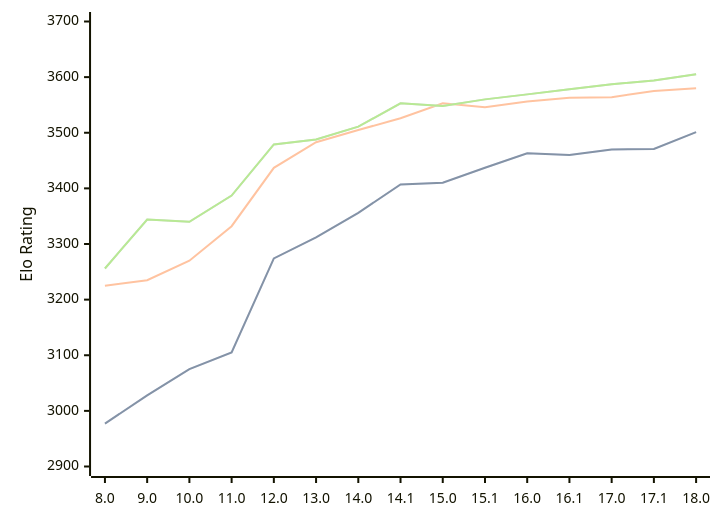
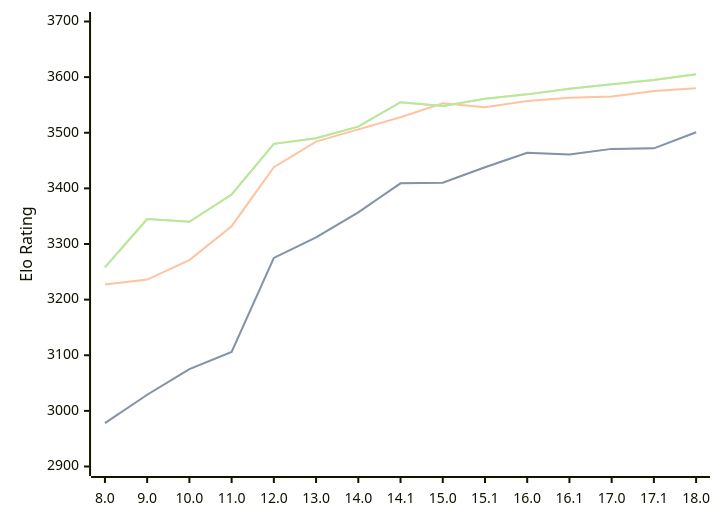
One commit to computer-chess-index/cci changed the third of 3 diagrams in engines/Stockfish.md. Above: the diagram before and after it, drawn with Mermaid. The commit also changed other lines of this file, not shown here.

Commit message:
Update CCI Ratings (ELO VLTC) - 2026-07-12

````diff
--- a/engines/Stockfish.md
+++ b/engines/Stockfish.md
@@ -79,11 +79,11 @@
 ```mermaid
 %%{init: {"theme":"base","themeVariables":{"seriesColors:['#a3a3a3','#222221','#faa371']}}}%%
 xychart-beta
   x-axis ["8.0", "9.0", "10.0", "11.0", "12.0", "13.0", "14.0", "14.1", "15.0", "15.1", "16.0", "16.1", "17.0", "17.1", "18.0"]
   y-axis "Elo Rating" 2900 --> 3700
-  line "STC (8.0+0.08s)" [2977, 3028, 3075, 3105, 3274, 3312, 3356, 3407, 3410, 3437, 3463, 3460, 3470, 3471, 3501]
-  line "STC (8.0+0.08s)" [2977, 3028, 3075, 3105, 3274, 3312, 3356, 3407, 3410, 3437, 3463, 3460, 3470, 3471, 3501]
-  line "LTC (60.0+0.60s)" [3225, 3235, 3270, 3332, 3437, 3483, 3505, 3526, 3553, 3546, 3556, 3563, 3564, 3575, 3580]
-  line "VLTC (2m24s+1.12s)" [3256, 3344, 3340, 3387, 3479, 3488, 3511, 3553, 3548, 3560, 3569, 3578, 3587, 3594, 3605]
-  line "VLTC (2m24s+1.12s)" [3256, 3344, 3340, 3387, 3479, 3488, 3511, 3553, 3548, 3560, 3569, 3578, 3587, 3594, 3605]
+  line "STC (8.0+0.08s)" [2978, 3029, 3075, 3106, 3275, 3312, 3357, 3409, 3410, 3438, 3464, 3461, 3471, 3472, 3501]
+  line "STC (8.0+0.08s)" [2978, 3029, 3075, 3106, 3275, 3312, 3357, 3409, 3410, 3438, 3464, 3461, 3471, 3472, 3501]
+  line "LTC (60.0+0.60s)" [3227, 3236, 3271, 3332, 3438, 3484, 3506, 3528, 3553, 3546, 3557, 3563, 3565, 3575, 3580]
+  line "VLTC (2m24s+1.12s)" [3258, 3345, 3340, 3389, 3480, 3490, 3511, 3555, 3548, 3561, 3569, 3579, 3587, 3595, 3605]
+  line "VLTC (2m24s+1.12s)" [3258, 3345, 3340, 3389, 3480, 3490, 3511, 3555, 3548, 3561, 3569, 3579, 3587, 3595, 3605]
 ```
````
